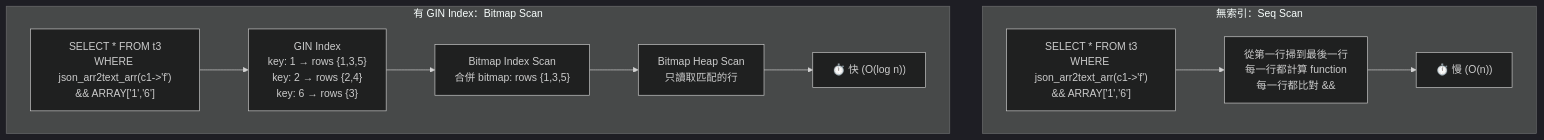
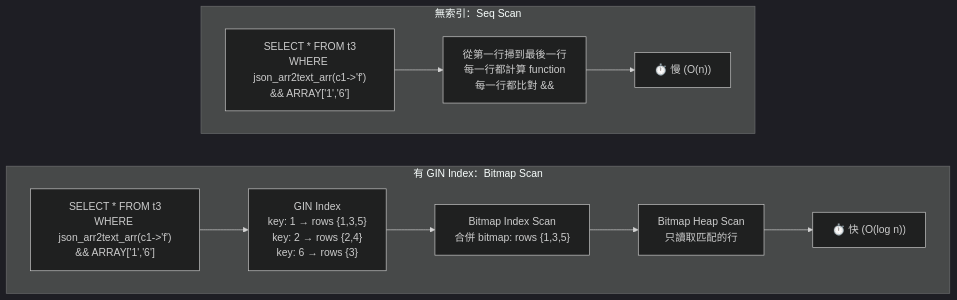
One commit to henry-tpwong/postgresql_note changed diagram 11 of 15 in json/json.md. Above: the diagram before and after it, drawn with Mermaid (dark theme). The commit also changed other lines of this file, not shown here.

First line of the commit message:
docs(json): 重構 JSON/JSONB 筆記 — 清除C原始碼、補5層結構、修正Mermaid

````diff
--- a/json/json.md
+++ b/json/json.md
@@ -841,16 +699,18 @@
 ```mermaid
 flowchart TD
     subgraph NO_IDX["無索引：Seq Scan"]
         Q1["SELECT * FROM t3\nWHERE json_arr2text_arr(c1->'f')\n&& ARRAY['1','6']"]
         Q1 --> S1["從第一行掃到最後一行\n每一行都計算 function\n每一行都比對 &&"]
         S1 --> R1["⏱️ 慢 (O(n))"]
     end
+
+    NO_IDX ~~~ WITH_IDX
 
     subgraph WITH_IDX["有 GIN Index：Bitmap Scan"]
         Q2["SELECT * FROM t3\nWHERE json_arr2text_arr(c1->'f')\n&& ARRAY['1','6']"]
         Q2 --> IDX["GIN Index\nkey: 1 → rows {1,3,5}\nkey: 2 → rows {2,4}\nkey: 6 → rows {3}"]
         IDX --> BM["Bitmap Index Scan\n合併 bitmap: rows {1,3,5}"]
         BM --> HEAP["Bitmap Heap Scan\n只讀取匹配的行"]
         HEAP --> R2["⏱️ 快 (O(log n))"]
     end
 ```
````
